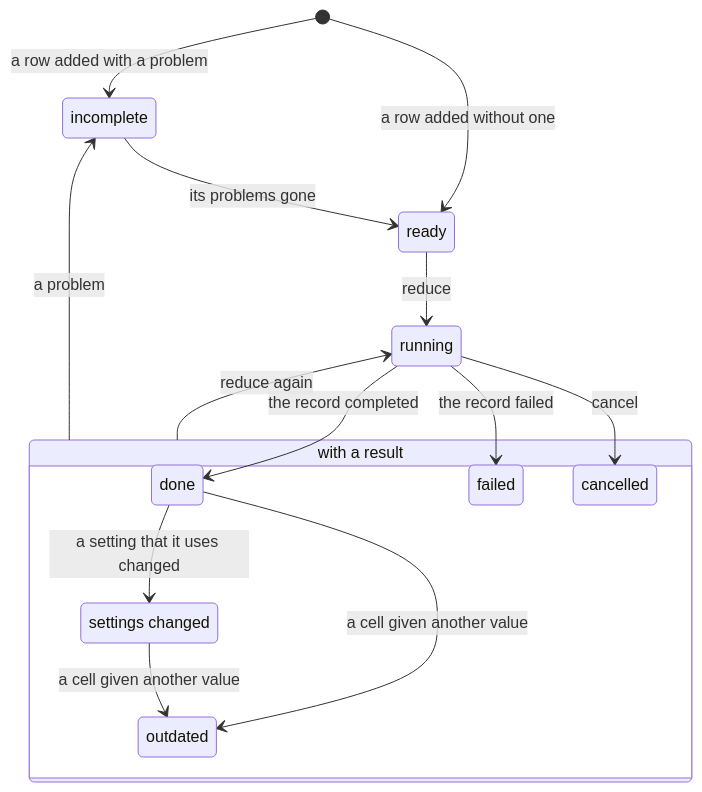
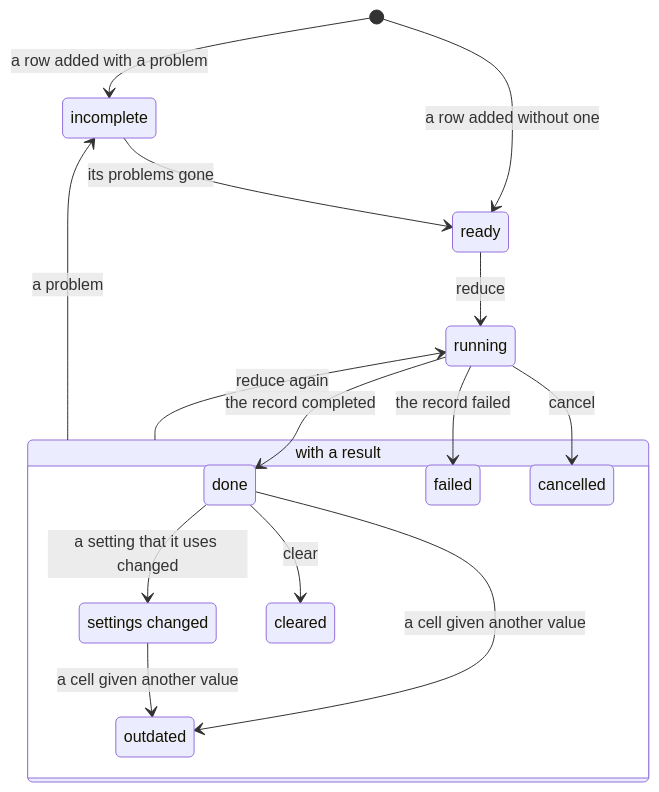
One commit to scipp/essapps changed the third of 5 diagrams in packages/essbatch/docs/batch.md. Above: the diagram before and after it, drawn with Mermaid. The commit also changed other lines of this file and 5 other files, not shown here.

````diff
--- a/packages/essbatch/docs/batch.md
+++ b/packages/essbatch/docs/batch.md
@@ -331,20 +332,21 @@
 ```mermaid
 stateDiagram-v2
     [*] --> incomplete: a row added with a problem
     [*] --> ready: a row added without one
     incomplete --> ready: its problems gone
     ready --> running: reduce
     running --> done: the record completed
     running --> failed: the record failed
     running --> cancelled: cancel
     state "settings changed" as settings_changed
     state "with a result" as result {
         done --> settings_changed: a setting that it uses changed
         done --> outdated: a cell given another value
         settings_changed --> outdated: a cell given another value
+        done --> cleared: clear
         failed
         cancelled
     }
     result --> running: reduce again
     result --> incomplete: a problem
 ```
````
